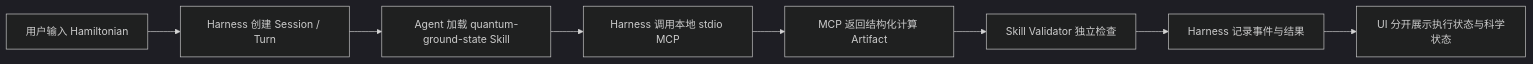
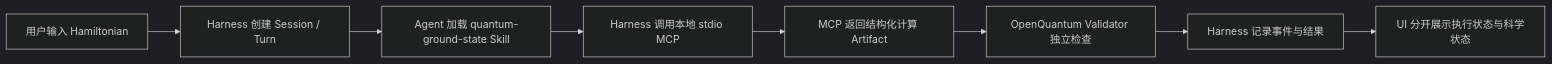
Before and after one commit to xi-zhao/OpenQuantum: the diagram in docs/roadmap/DEVELOPMENT_PLAN.md, drawn with Mermaid (dark theme). The commit also changed other lines of this file and 8 other files, not shown here.

````diff
--- a/docs/roadmap/DEVELOPMENT_PLAN.md
+++ b/docs/roadmap/DEVELOPMENT_PLAN.md
@@ -100,10 +102,10 @@
 ```mermaid
 flowchart LR
   A["用户输入 Hamiltonian"] --> B["Harness 创建 Session / Turn"]
   B --> C["Agent 加载 quantum-ground-state Skill"]
   C --> D["Harness 调用本地 stdio MCP"]
   D --> E["MCP 返回结构化计算 Artifact"]
-  E --> F["Skill Validator 独立检查"]
+  E --> F["OpenQuantum Validator 独立检查"]
   F --> G["Harness 记录事件与结果"]
   G --> H["UI 分开展示执行状态与科学状态"]
 ```
````
